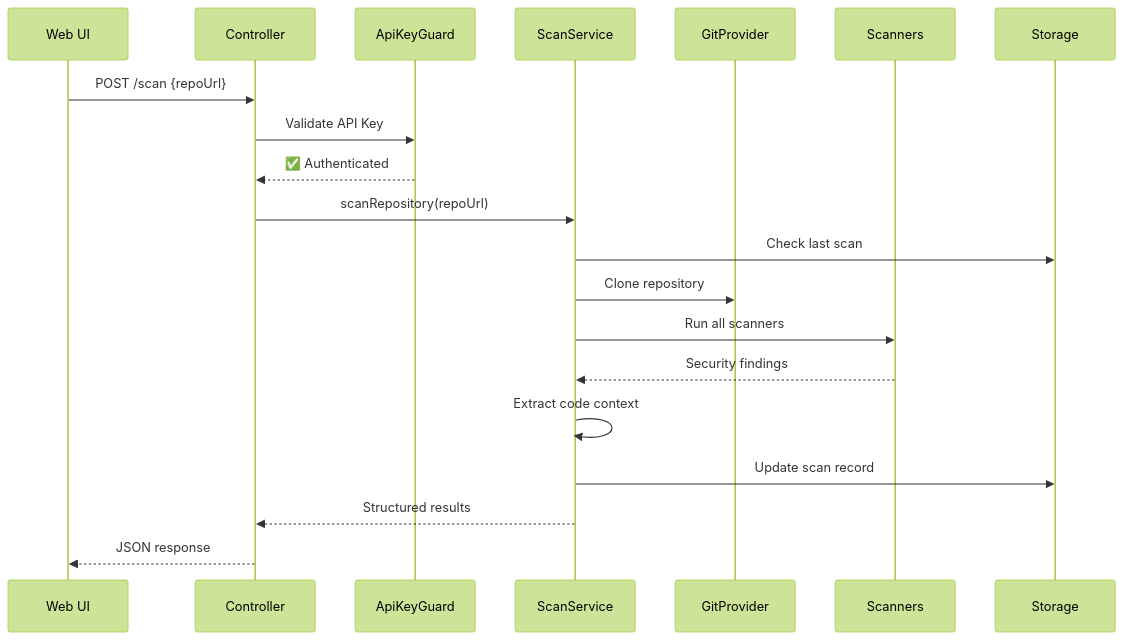
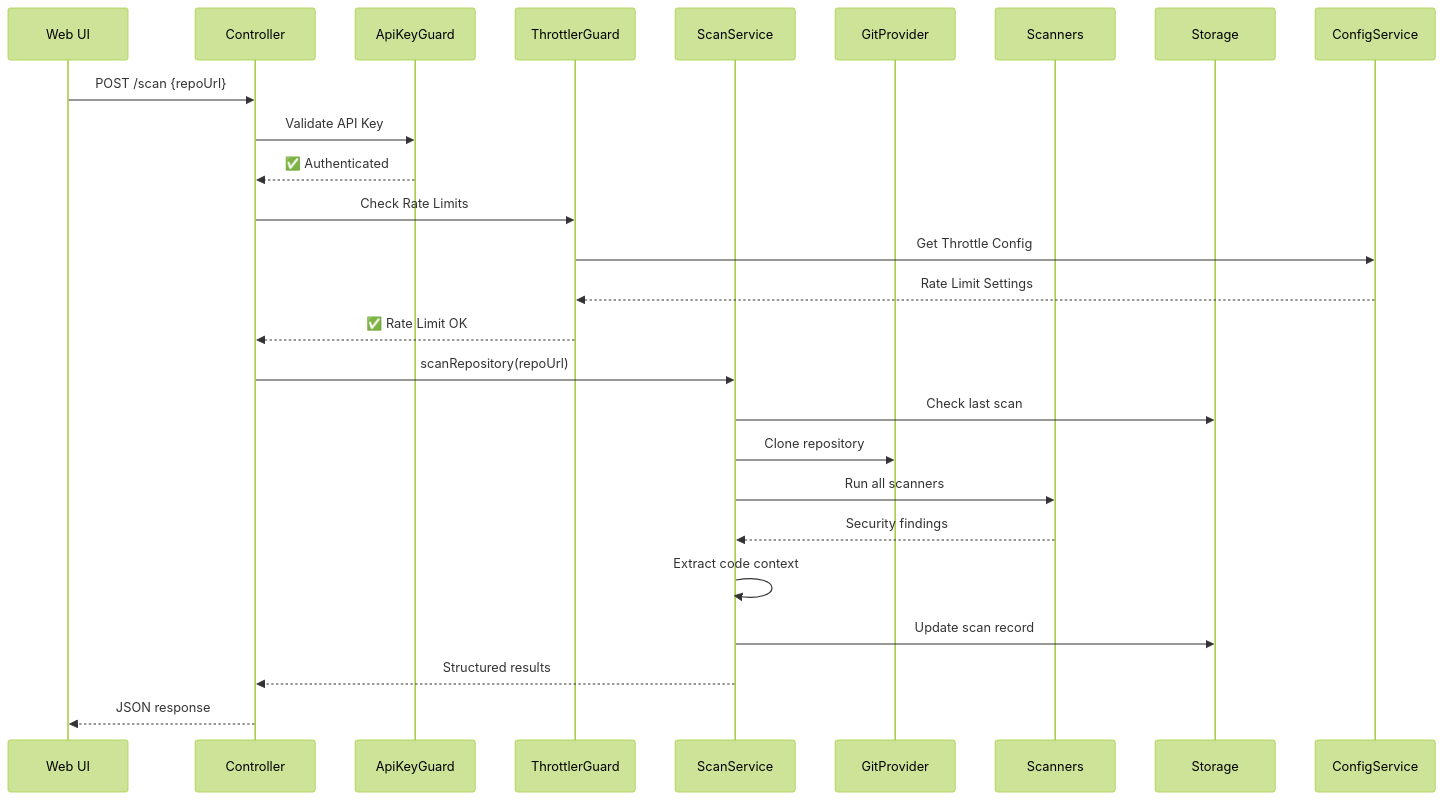
The second of 2 diagrams in README.md (dimitrity/repo-security-scanner), drawn with Mermaid (forest theme) before and after one commit. The commit also changed other lines of this file and 53 other files, not shown here.

````diff
--- a/README.md
+++ b/README.md
@@ -768,23 +847,29 @@
 ```mermaid
 sequenceDiagram
     participant UI as Web UI
     participant C as Controller
     participant G as ApiKeyGuard
+    participant T as ThrottlerGuard
     participant S as ScanService
     participant SCM as GitProvider
     participant SCAN as Scanners
     participant STORE as Storage
+    participant CFG as ConfigService
 
     UI->>C: POST /scan {repoUrl}
     C->>G: Validate API Key
     G-->>C: ✅ Authenticated
+    C->>T: Check Rate Limits
+    T->>CFG: Get Throttle Config
+    CFG-->>T: Rate Limit Settings
+    T-->>C: ✅ Rate Limit OK
     C->>S: scanRepository(repoUrl)
     S->>STORE: Check last scan
     S->>SCM: Clone repository
     S->>SCAN: Run all scanners
     SCAN-->>S: Security findings
     S->>S: Extract code context
     S->>STORE: Update scan record
     S-->>C: Structured results
     C-->>UI: JSON response
 ```
````
